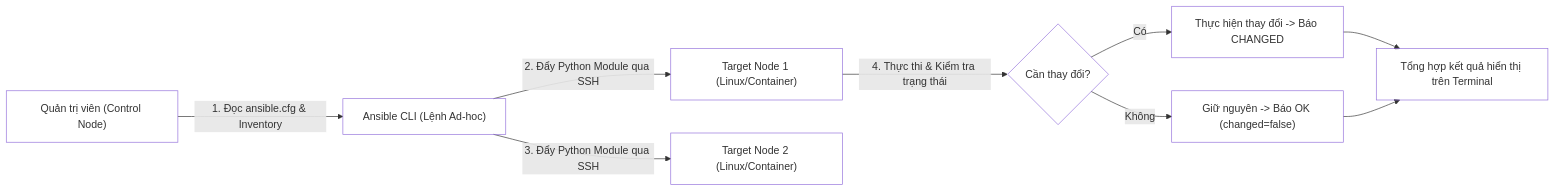
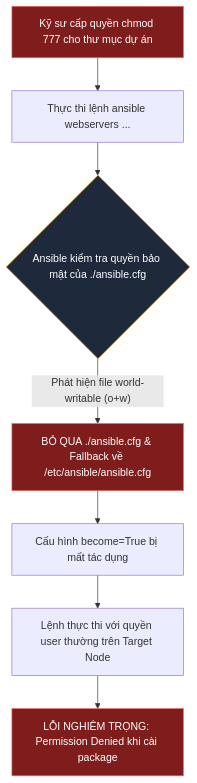
One commit to kiennt308/ntk changed the third of 4 diagrams in _posts/2026-09-13-ansible-02-02-cai-dat-kien-truc-ad-hoc.md. Above: the diagram before and after it, drawn with Mermaid. The commit also changed other lines of this file and 30 other files, not shown here.

````diff
--- a/_posts/2026-09-13-ansible-02-02-cai-dat-kien-truc-ad-hoc.md
+++ b/_posts/2026-09-13-ansible-02-02-cai-dat-kien-truc-ad-hoc.md
@@ -287,20 +212,14 @@
 ```mermaid
-flowchart LR
-    A["Quản trị viên (Control Node)"] -->|"1. Đọc ansible.cfg & Inventory"| B["Ansible CLI (Lệnh Ad-hoc)"]
-    B -->|"2. Đẩy Python Module qua SSH"| C["Target Node 1 (Linux/Container)"]
-    B -->|"3. Đẩy Python Module qua SSH"| D["Target Node 2 (Linux/Container)"]
-    C -->|"4. Thực thi & Kiểm tra trạng thái"| C1{"Cần thay đổi?"}
-    C1 -- Có --> C2["Thực hiện thay đổi -> Báo CHANGED"]
-    C1 -- Không --> C3["Giữ nguyên -> Báo OK (changed=false)"]
-    C2 --> E["Tổng hợp kết quả hiển thị trên Terminal"]
-    C3 --> E
+flowchart TD
+    A["Kỹ sư cấp quyền chmod 777 cho thư mục dự án"] --> B["Thực thi lệnh ansible webservers ..."]
+    B --> C{"Ansible kiểm tra quyền bảo mật của ./ansible.cfg"}
+    C -- "Phát hiện file world-writable (o+w)" --> D["BỎ QUA ./ansible.cfg & Fallback về /etc/ansible/ansible.cfg"]
+    D --> E["Cấu hình become=True bị mất tác dụng"]
+    E --> F["Lệnh thực thi với quyền user thường trên Target Node"]
+    F --> G["LỖI NGHIÊM TRỌNG: Permission Denied khi cài package"]
 
-    style A fill:none
-    style B fill:none
-    style C fill:none
-    style D fill:none
-    style C1 fill:none
-    style C2 fill:none
-    style C3 fill:none
-    style E fill:none
+    style A fill:#7f1d1d,stroke:#f87171,color:#fff
+    style C fill:#1e293b,stroke:#f59e0b,color:#fff
+    style D fill:#7f1d1d,stroke:#f87171,color:#fff
+    style G fill:#7f1d1d,stroke:#f87171,color:#fff
 ```
````
